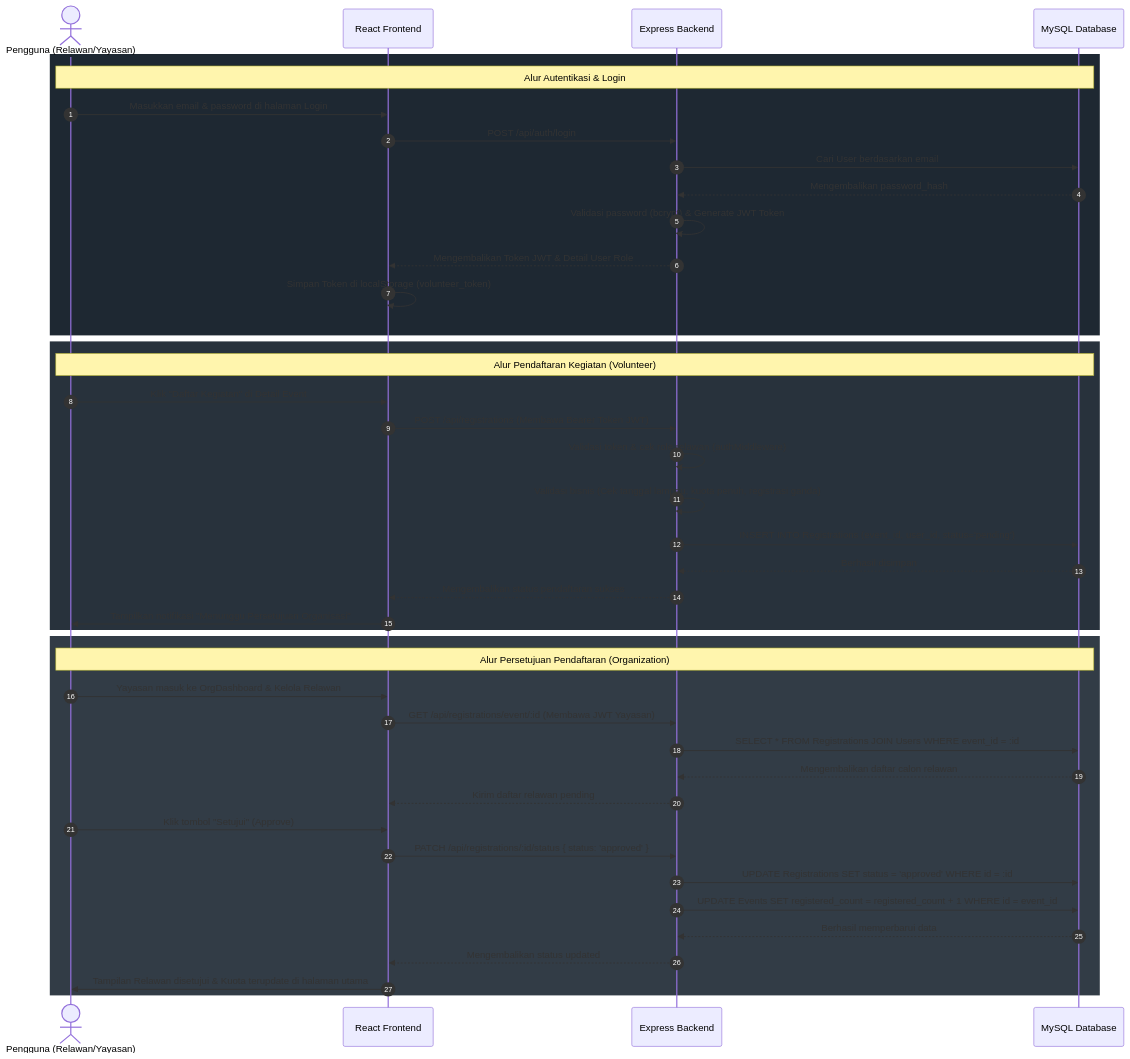
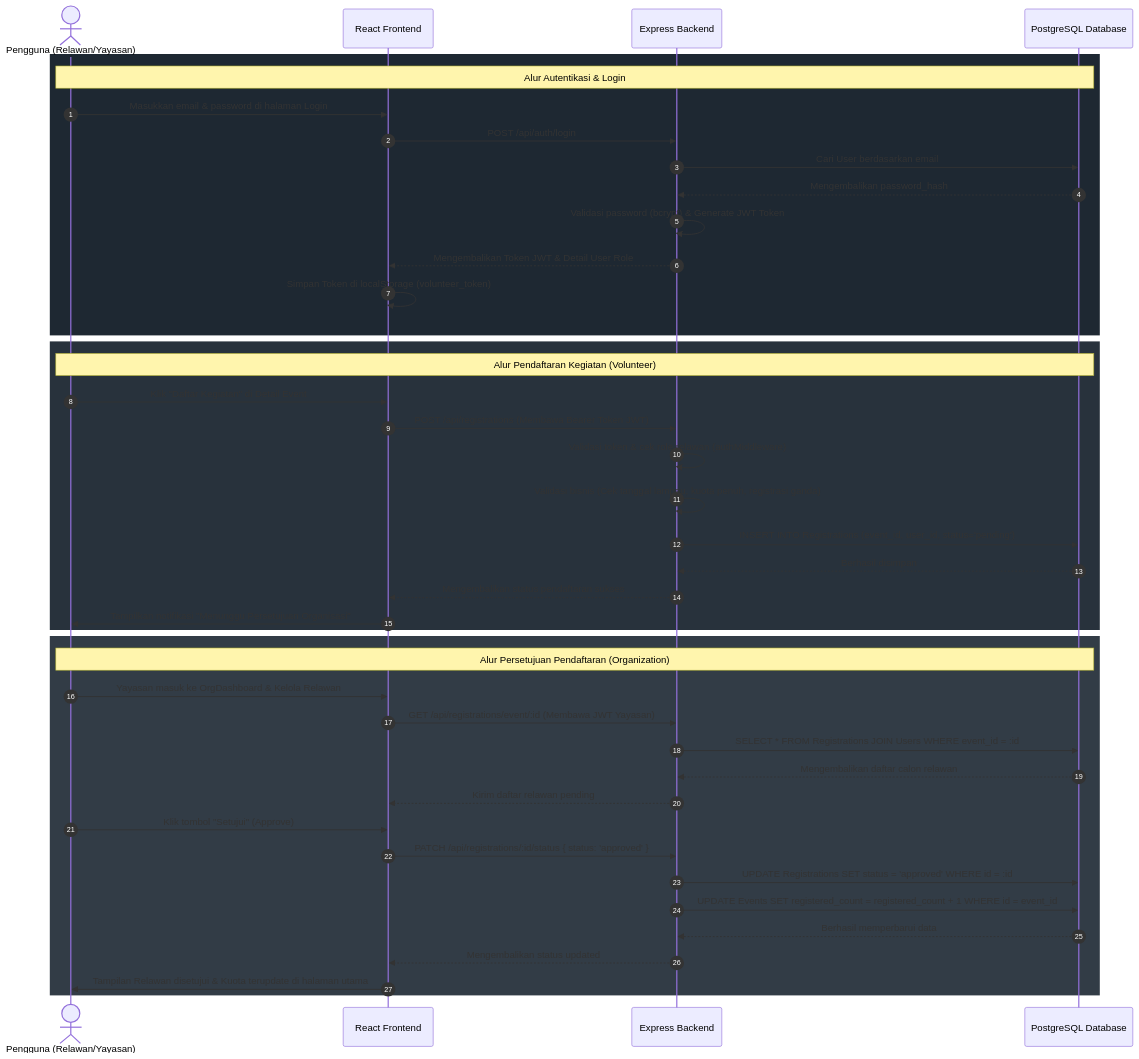
One commit to Biyu-aja/volunteer1 changed the diagram in README.md. Above: the diagram before and after it, drawn with Mermaid. The commit also changed other lines of this file and 10 other files, not shown here.

Commit message:
Migrasi database ke PostgreSQL Supabase

````diff
--- a/README.md
+++ b/README.md
@@ -81,47 +81,47 @@
 ```mermaid
 sequenceDiagram
     autonumber
     actor U as Pengguna (Relawan/Yayasan)
     participant F as React Frontend
     participant B as Express Backend
-    participant DB as MySQL Database
+    participant DB as PostgreSQL Database
 
     rect rgb(30, 40, 50)
     Note over U, DB: Alur Autentikasi & Login
     U->>F: Masukkan email & password di halaman Login
     F->>B: POST /api/auth/login
     B->>DB: Cari User berdasarkan email
     DB-->>B: Mengembalikan password_hash
     B->>B: Validasi password (bcrypt) & Generate JWT Token
     B-->>F: Mengembalikan Token JWT & Detail User Role
     F->>F: Simpan Token di localStorage (volunteer_token)
     end
 
     rect rgb(40, 50, 60)
     Note over U, DB: Alur Pendaftaran Kegiatan (Volunteer)
     U->>F: Klik "Daftar Kegiatan" di Detail Event
     F->>B: POST /api/registrations (Membawa Bearer Token JWT)
     B->>B: Validasi token & cek role relawan (authMiddleware)
     B->>B: Validasi bisnis (Cek tanggal lampau, kuota penuh, registrasi ganda)
     B->>DB: INSERT INTO Registrations (event_id, user_id, status='pending')
     DB-->>B: Berhasil disimpan
     B-->>F: Mengembalikan status pendaftaran sukses
     F->>U: Tampilkan notifikasi "Menunggu Persetujuan Organisasi"
     end
 
     rect rgb(50, 60, 70)
     Note over U, DB: Alur Persetujuan Pendaftaran (Organization)
     U->>F: Yayasan masuk ke OrgDashboard & Kelola Relawan
     F->>B: GET /api/registrations/event/:id (Membawa JWT Yayasan)
     B->>DB: SELECT * FROM Registrations JOIN Users WHERE event_id = :id
     DB-->>B: Mengembalikan daftar calon relawan
     B-->>F: Kirim daftar relawan pending
     U->>F: Klik tombol "Setujui" (Approve)
     F->>B: PATCH /api/registrations/:id/status { status: 'approved' }
     B->>DB: UPDATE Registrations SET status = 'approved' WHERE id = :id
     B->>DB: UPDATE Events SET registered_count = registered_count + 1 WHERE id = event_id
     DB-->>B: Berhasil memperbarui data
     B-->>F: Mengembalikan status updated
     F->>U: Tampilan Relawan disetujui & Kuota terupdate di halaman utama
     end
 ```
````
